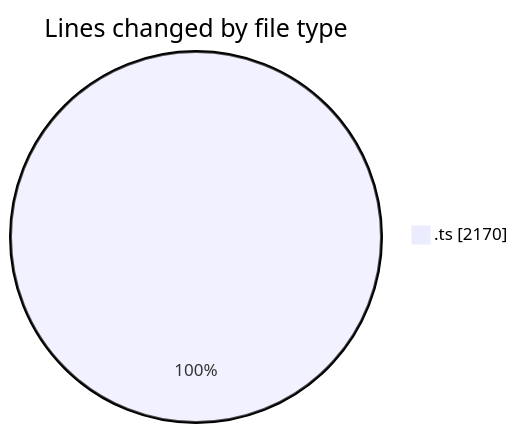
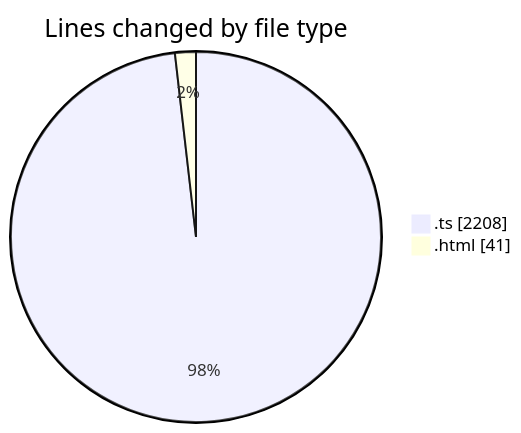
Before and after one commit to tmsrecording-cyber/code-tracking: the first of 2 diagrams in 2026-02-08/singularitybrainai/README.md, drawn with Mermaid. The commit also changed other lines of this file and 1 other file, not shown here.

````diff
--- a/2026-02-08/singularitybrainai/README.md
+++ b/2026-02-08/singularitybrainai/README.md
@@ -21,5 +22,6 @@
 ```mermaid
 pie showData
 title Lines changed by file type
-".ts" : 2170
+".ts" : 2208
+".html" : 41
 ```
````
